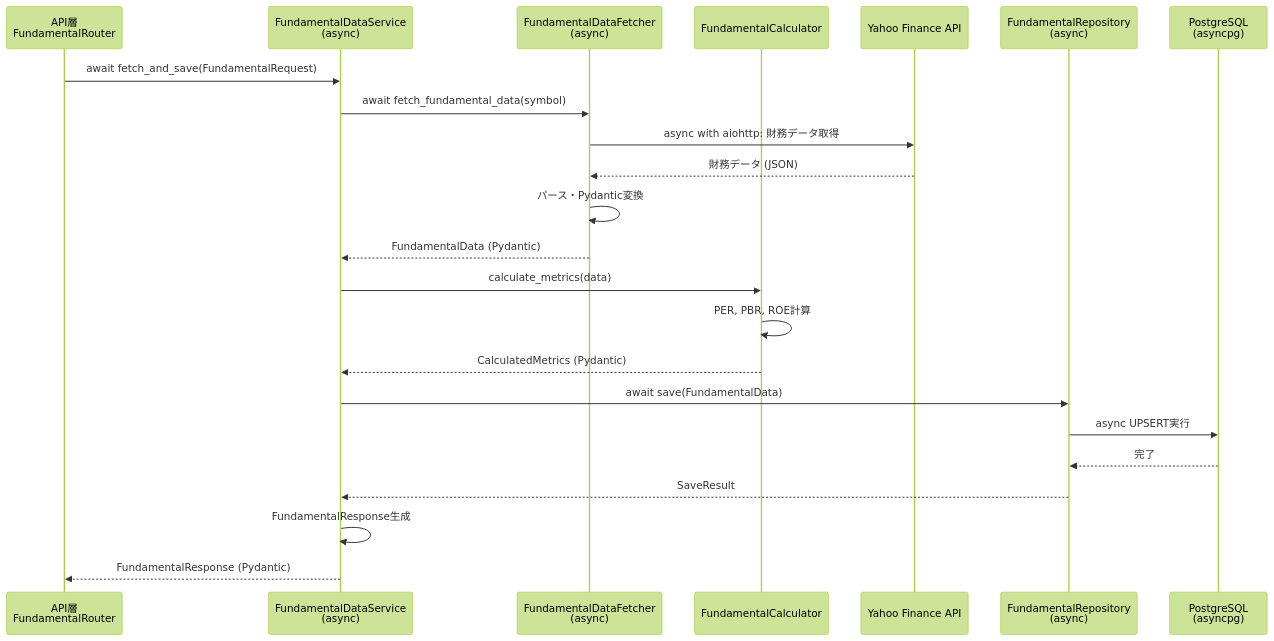
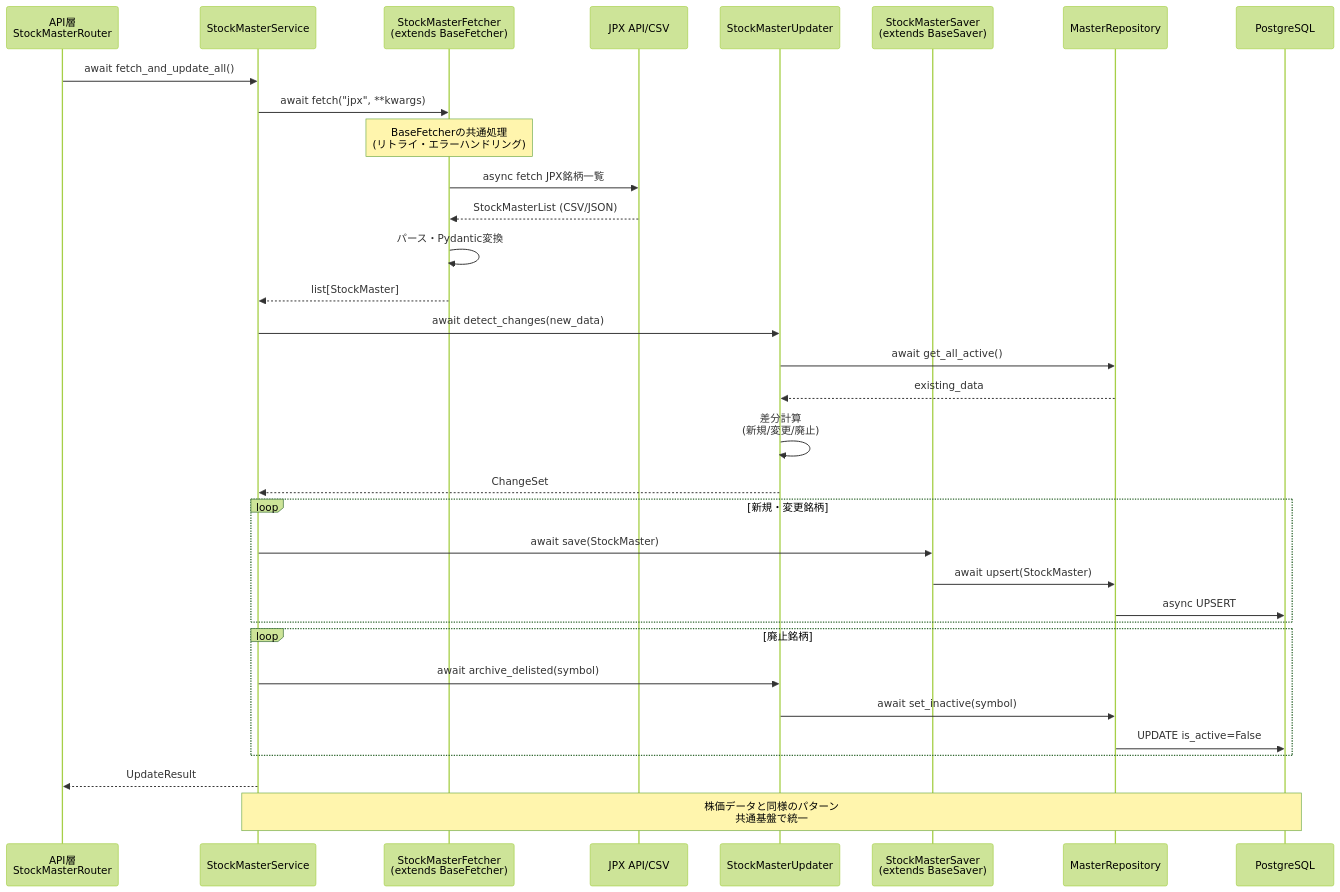
Before and after one commit to TIMMY-WEST/STOCK-INVESTMENT-ANALYZER: the sixth of 7 diagrams in docs/architecture/layers/service_layer.md, drawn with Mermaid (forest theme). The commit also changed other lines of this file, not shown here.

````diff
--- a/docs/architecture/layers/service_layer.md
+++ b/docs/architecture/layers/service_layer.md
@@ -954,30 +910,46 @@
 ```mermaid
 sequenceDiagram
-    participant API as API層<br/>FundamentalRouter
-    participant Service as FundamentalDataService<br/>(async)
-    participant Fetcher as FundamentalDataFetcher<br/>(async)
-    participant Calc as FundamentalCalculator
-    participant YFinance as Yahoo Finance API
-    participant Repo as FundamentalRepository<br/>(async)
-    participant DB as PostgreSQL<br/>(asyncpg)
+    participant API as API層<br/>StockMasterRouter
+    participant Service as StockMasterService
+    participant Fetcher as StockMasterFetcher<br/>(extends BaseFetcher)
+    participant JPXAPI as JPX API/CSV
+    participant Updater as StockMasterUpdater
+    participant Saver as StockMasterSaver<br/>(extends BaseSaver)
+    participant Repo as MasterRepository
+    participant DB as PostgreSQL
 
-    API->>Service: await fetch_and_save(FundamentalRequest)
+    API->>Service: await fetch_and_update_all()
 
-    Service->>Fetcher: await fetch_fundamental_data(symbol)
-    Fetcher->>YFinance: async with aiohttp: 財務データ取得
-    YFinance-->>Fetcher: 財務データ (JSON)
+    Service->>Fetcher: await fetch("jpx", **kwargs)
+
+    Note over Fetcher: BaseFetcherの共通処理<br/>(リトライ・エラーハンドリング)
+
+    Fetcher->>JPXAPI: async fetch JPX銘柄一覧
+    JPXAPI-->>Fetcher: StockMasterList (CSV/JSON)
+
     Fetcher->>Fetcher: パース・Pydantic変換
-    Fetcher-->>Service: FundamentalData (Pydantic)
+    Fetcher-->>Service: list[StockMaster]
 
-    Service->>Calc: calculate_metrics(data)
-    Calc->>Calc: PER, PBR, ROE計算
-    Calc-->>Service: CalculatedMetrics (Pydantic)
+    Service->>Updater: await detect_changes(new_data)
+    Updater->>Repo: await get_all_active()
+    Repo-->>Updater: existing_data
 
-    Service->>Repo: await save(FundamentalData)
-    Repo->>DB: async UPSERT実行
-    DB-->>Repo: 完了
-    Repo-->>Service: SaveResult
+    Updater->>Updater: 差分計算<br/>(新規/変更/廃止)
+    Updater-->>Service: ChangeSet
 
-    Service->>Service: FundamentalResponse生成
-    Service-->>API: FundamentalResponse (Pydantic)
+    loop 新規・変更銘柄
+        Service->>Saver: await save(StockMaster)
+        Saver->>Repo: await upsert(StockMaster)
+        Repo->>DB: async UPSERT
+    end
+
+    loop 廃止銘柄
+        Service->>Updater: await archive_delisted(symbol)
+        Updater->>Repo: await set_inactive(symbol)
+        Repo->>DB: UPDATE is_active=False
+    end
+
+    Service-->>API: UpdateResult
+
+    Note over Service,DB: 株価データと同様のパターン<br/>共通基盤で統一
 ```
````
